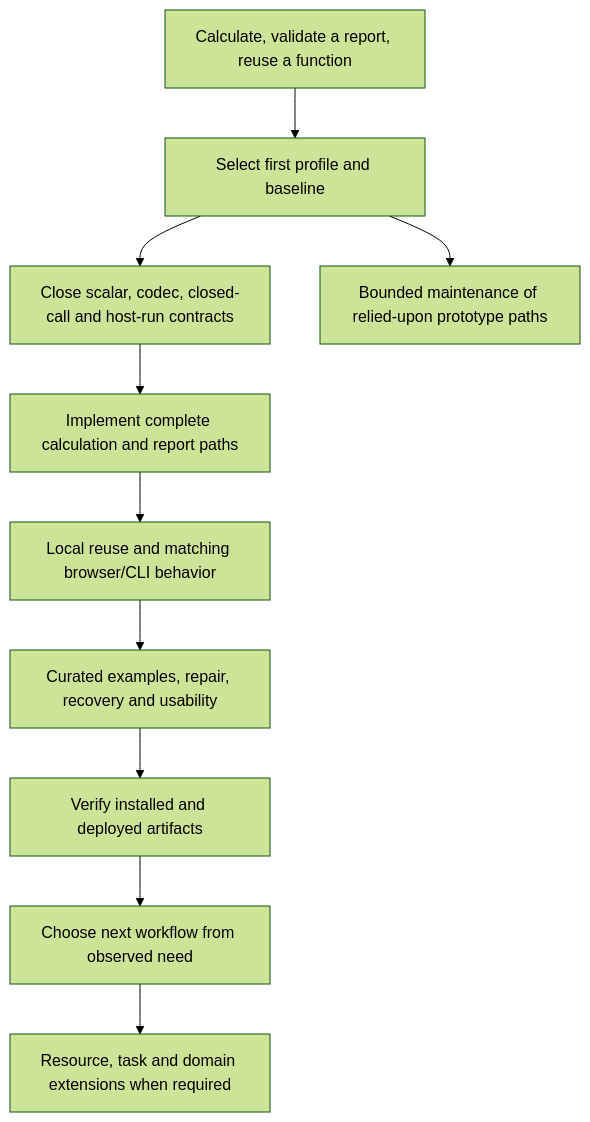
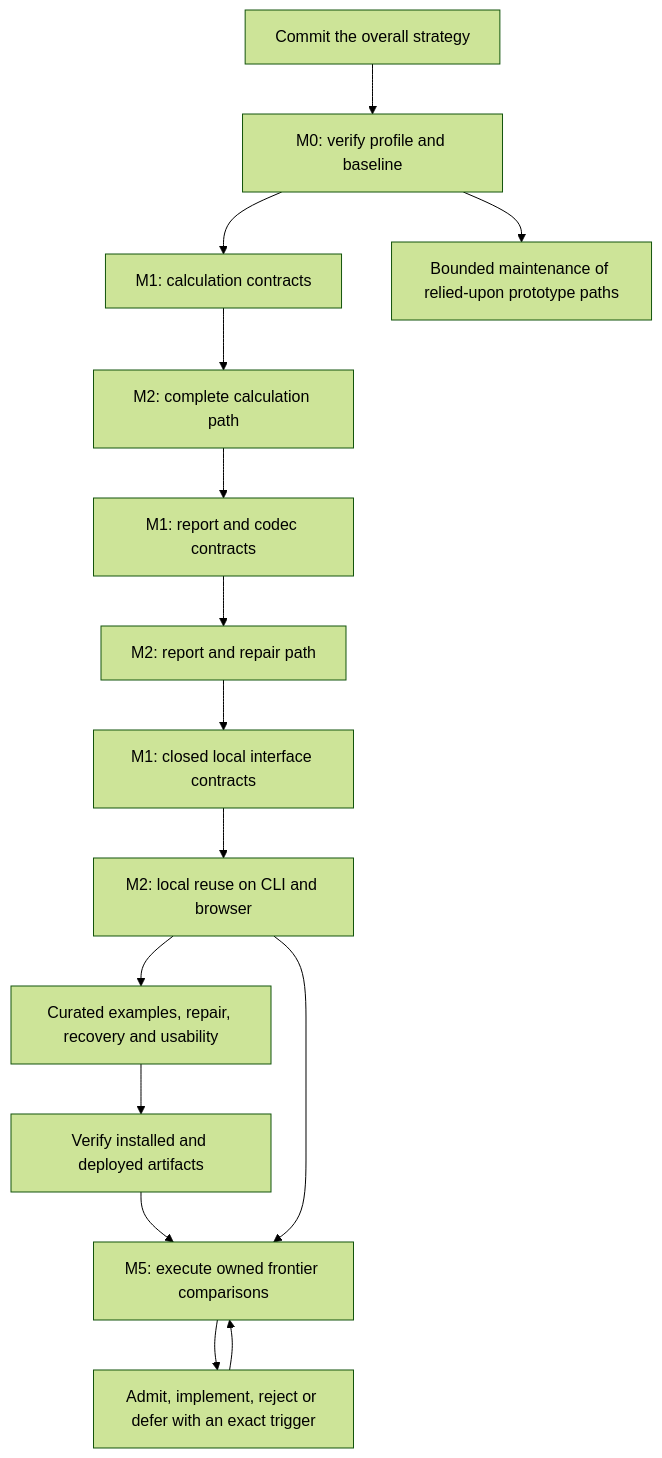
The diagram in docs/orientation/project_roadmap.md (durgadatta/nomi), drawn with Mermaid (forest theme) before and after one commit. The commit also changed other lines of this file and 4 other files, not shown here.

Commit message:
docs: commit iterative strategy and whole-frontier closure gates

````diff
--- a/docs/orientation/project_roadmap.md
+++ b/docs/orientation/project_roadmap.md
@@ -1313,12 +1323,17 @@
 ```mermaid
 flowchart TD
-    U[Calculate, validate a report, reuse a function] --> S[Select first profile and baseline]
-    S --> C[Close scalar, codec, closed-call and host-run contracts]
-    C --> I[Implement complete calculation and report paths]
-    I --> R[Local reuse and matching browser/CLI behavior]
+    U[Commit the overall strategy] --> S[M0: verify profile and baseline]
+    S --> C[M1: calculation contracts]
+    C --> I[M2: complete calculation path]
+    I --> B[M1: report and codec contracts]
+    B --> V[M2: report and repair path]
+    V --> L[M1: closed local interface contracts]
+    L --> R[M2: local reuse on CLI and browser]
     R --> P[Curated examples, repair, recovery and usability]
     P --> D[Verify installed and deployed artifacts]
-    D --> X[Choose next workflow from observed need]
-    X --> E[Resource, task and domain extensions when required]
+    D --> X[M5: execute owned frontier comparisons]
+    X --> E[Admit, implement, reject or defer with an exact trigger]
+    E --> X
     S --> H[Bounded maintenance of relied-upon prototype paths]
+    R --> X
 ```
````
